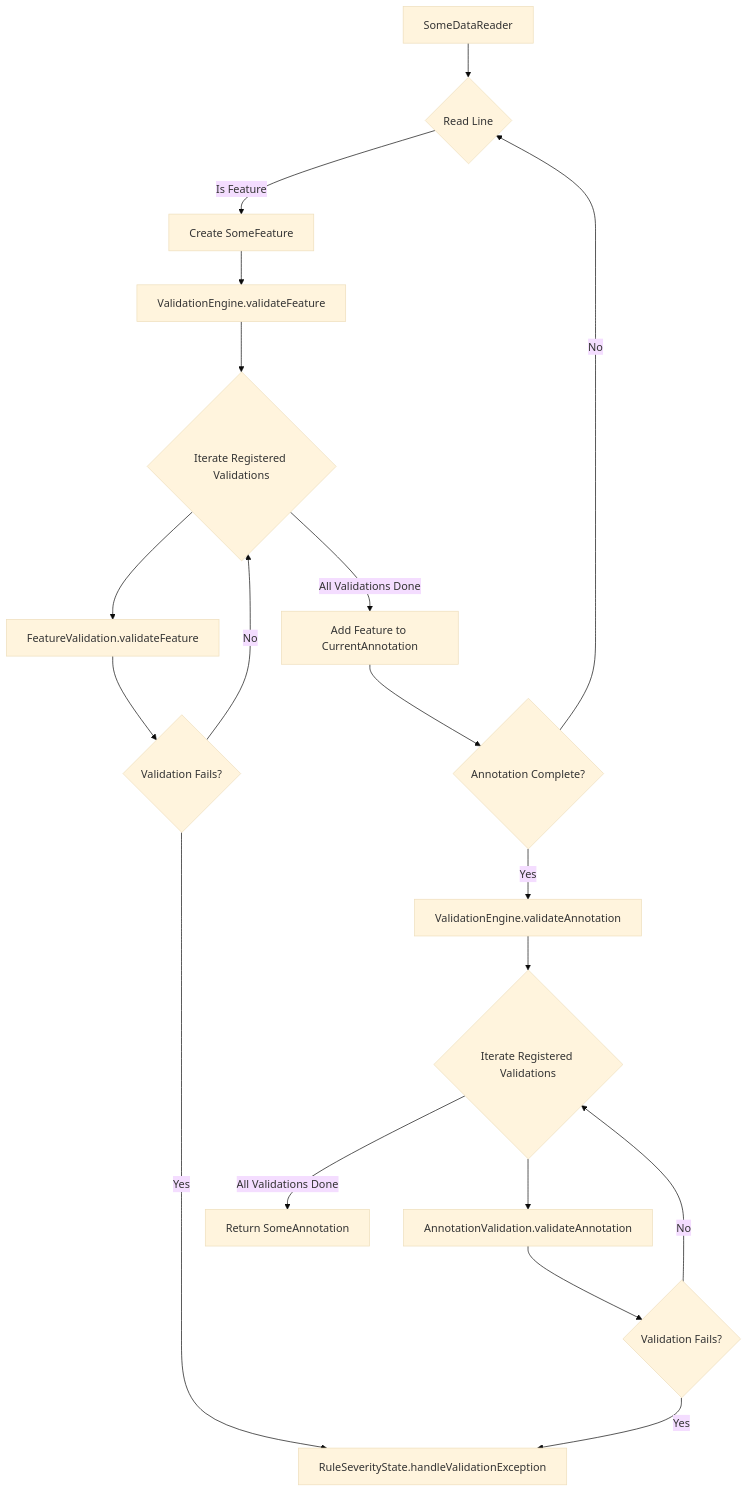
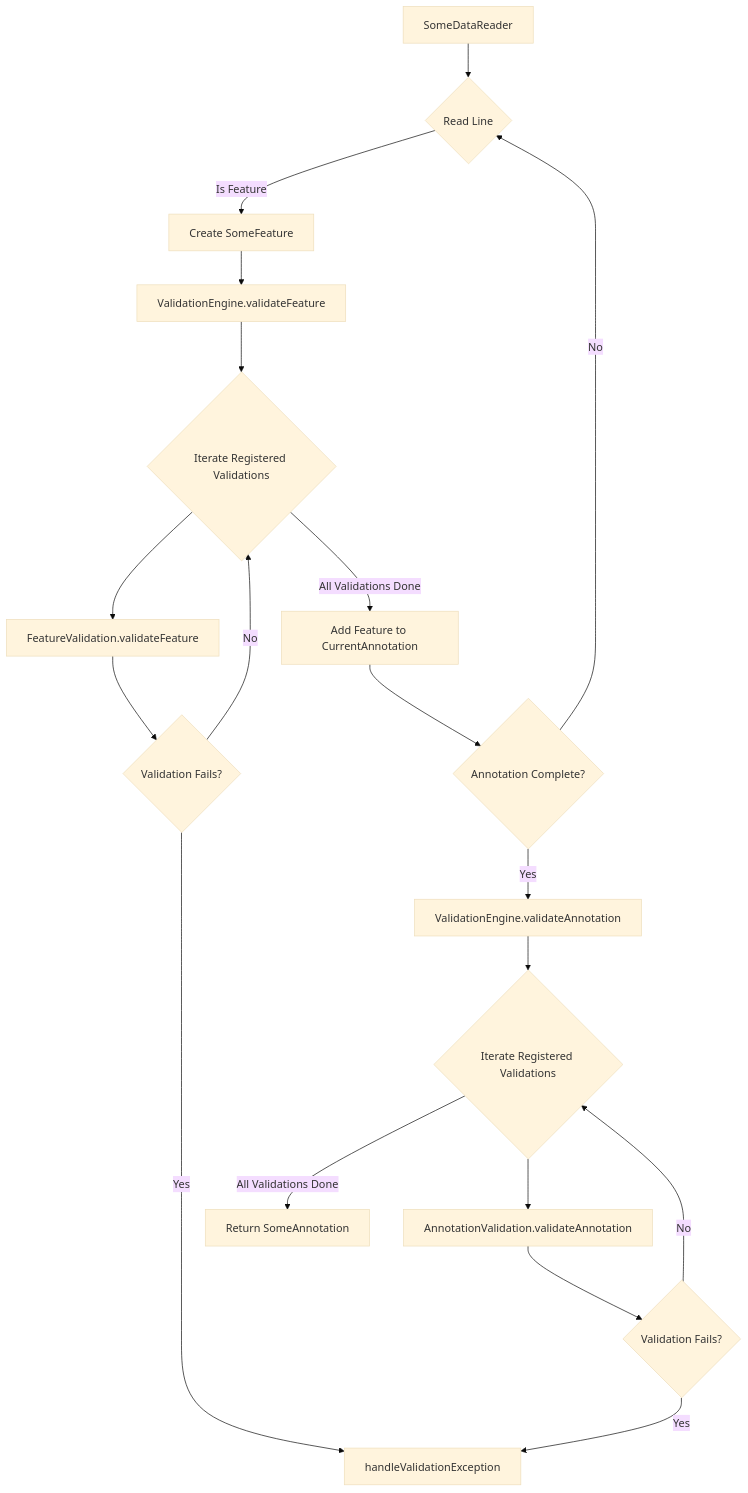
The diagram in docs/0003_validation_engine.md (enasequence/gff3tools), drawn with Mermaid (base theme) before and after one commit. The commit also changed other lines of this file and 1 other file, not shown here.

````diff
--- a/docs/0003_validation_engine.md
+++ b/docs/0003_validation_engine.md
@@ -138,21 +137,21 @@
 ```mermaid
 graph TD
     A[SomeDataReader] --> B{Read Line};
     B -- Is Feature --> C[Create SomeFeature];
     C --> D[ValidationEngine.validateFeature];
     D --> E{Iterate Registered Validations};
     E --> F[FeatureValidation.validateFeature];
     F --> G{Validation Fails?};
-    G -- Yes --> H[RuleSeverityState.handleValidationException];
+    G -- Yes --> H[handleValidationException];
     G -- No --> E;
     E -- All Validations Done --> I[Add Feature to CurrentAnnotation];
     I --> J{Annotation Complete?};
     J -- Yes --> K[ValidationEngine.validateAnnotation];
     K --> L{Iterate Registered Validations};
     L --> M[AnnotationValidation.validateAnnotation];
     M --> N{Validation Fails?};
     N -- Yes --> H;
     N -- No --> L;
     L -- All Validations Done --> P[Return SomeAnnotation];
     J -- No --> B;
 ```
````
